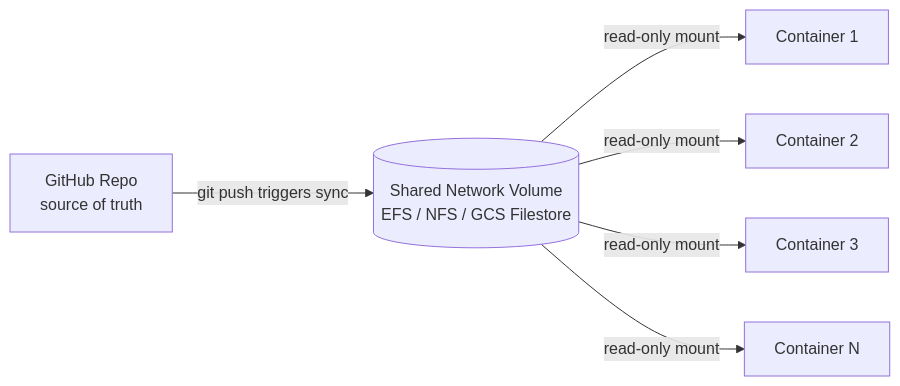
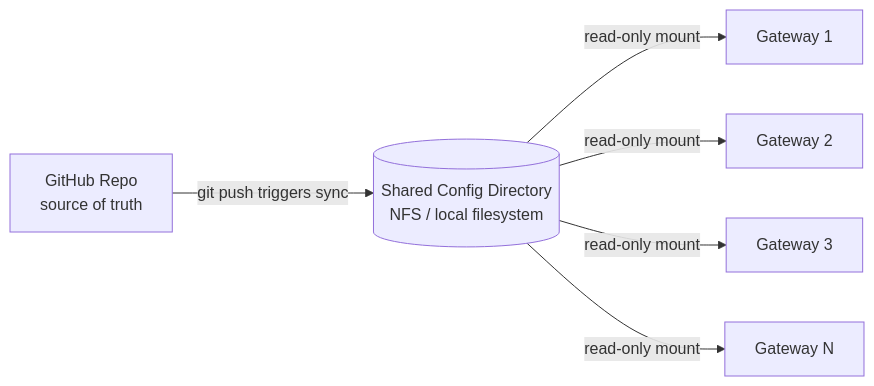
One commit to 1qh/claw changed the first of 2 diagrams in brainstorm/versioning.md. Above: the diagram before and after it, drawn with Mermaid. The commit also changed other lines of this file and 9 other files, not shown here.

Commit message:
Update all files: replace container refs with gateway process architecture

````diff
--- a/brainstorm/versioning.md
+++ b/brainstorm/versioning.md
@@ -17,9 +17,9 @@
 ```mermaid
 graph LR
-    GH[GitHub Repo<br/>source of truth] -->|git push triggers sync| VOL[(Shared Network Volume<br/>EFS / NFS / GCS Filestore)]
+    GH[GitHub Repo<br/>source of truth] -->|git push triggers sync| VOL[(Shared Config Directory<br/>NFS / local filesystem)]
 
-    VOL -->|read-only mount| C1[Container 1]
-    VOL -->|read-only mount| C2[Container 2]
-    VOL -->|read-only mount| C3[Container 3]
-    VOL -->|read-only mount| CN[Container N]
+    VOL -->|read-only mount| C1[Gateway 1]
+    VOL -->|read-only mount| C2[Gateway 2]
+    VOL -->|read-only mount| C3[Gateway 3]
+    VOL -->|read-only mount| CN[Gateway N]
 ```
````
